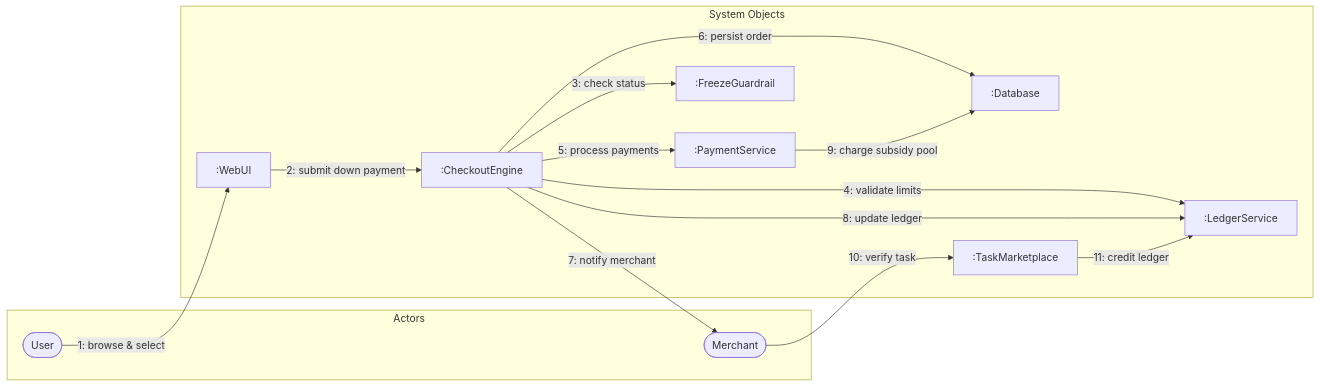
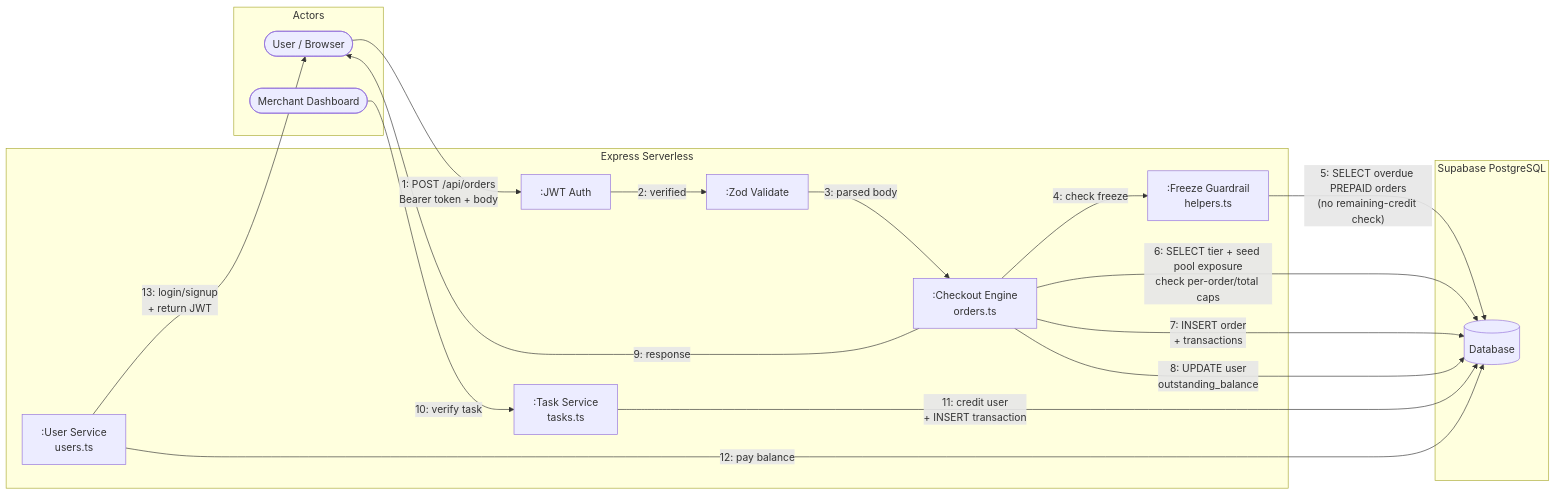
Before and after one commit to hexadigitall/chopfirst: diagram 11 of 12 in UML_Diagrams.md, drawn with Mermaid. The commit also changed other lines of this file and 25 other files, not shown here.

Commit message:
feat: align five-tier limits, dual ledger, and UI

````diff
--- a/UML_Diagrams.md
+++ b/UML_Diagrams.md
@@ -688,29 +641,34 @@
 ```mermaid
 flowchart LR
     subgraph Actors
-        U([User])
-        M([Merchant])
+        U([User / Browser])
+        M([Merchant Dashboard])
     end
 
-    subgraph System Objects
-        UI[":WebUI"]
-        CE[":CheckoutEngine"]
-        PS[":PaymentService"]
-        LDG[":LedgerService"]
-        FG[":FreezeGuardrail"]
-        DB[":Database"]
-        TM[":TaskMarketplace"]
+    subgraph "Express Serverless"
+        AUTH[":JWT Auth"]
+        VAL[":Zod Validate"]
+        CE[":Checkout Engine<br/>orders.ts"]
+        FG[":Freeze Guardrail<br/>helpers.ts"]
+        TM[":Task Service<br/>tasks.ts"]
+        USR[":User Service<br/>users.ts"]
     end
 
-    U -- "1: browse & select" --> UI
-    UI -- "2: submit down payment" --> CE
-    CE -- "3: check status" --> FG
-    CE -- "4: validate limits" --> LDG
-    CE -- "5: process payments" --> PS
-    CE -- "6: persist order" --> DB
-    CE -- "7: notify merchant" --> M
-    CE -- "8: update ledger" --> LDG
-    PS -- "9: charge subsidy pool" --> DB
+    subgraph "Supabase PostgreSQL"
+        DB[(Database)]
+    end
+
+    U -- "1: POST /api/orders\nBearer token + body" --> AUTH
+    AUTH -- "2: verified" --> VAL
+    VAL -- "3: parsed body" --> CE
+    CE -- "4: check freeze" --> FG
+    FG -- "5: SELECT overdue PREPAID orders\n(no remaining-credit check)" --> DB
+    CE -- "6: SELECT tier + seed pool exposure\ncheck per-order/total caps" --> DB
+    CE -- "7: INSERT order\n+ transactions" --> DB
+    CE -- "8: UPDATE user\noutstanding_balance" --> DB
+    CE -- "9: response" --> U
     M -- "10: verify task" --> TM
-    TM -- "11: credit ledger" --> LDG
+    TM -- "11: credit user\n+ INSERT transaction" --> DB
+    USR -- "12: pay balance" --> DB
+    USR -- "13: login/signup\n+ return JWT" --> U
 ```
````
